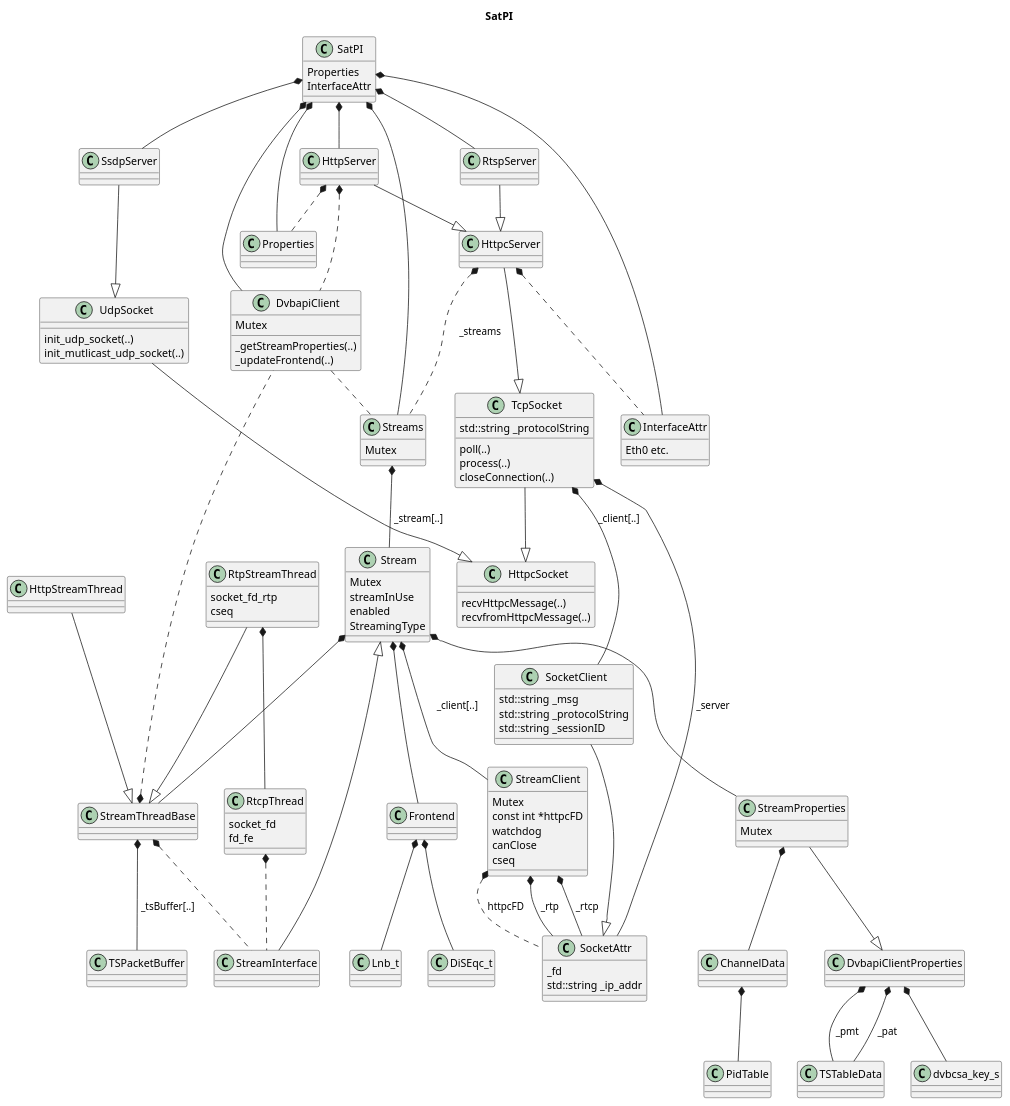
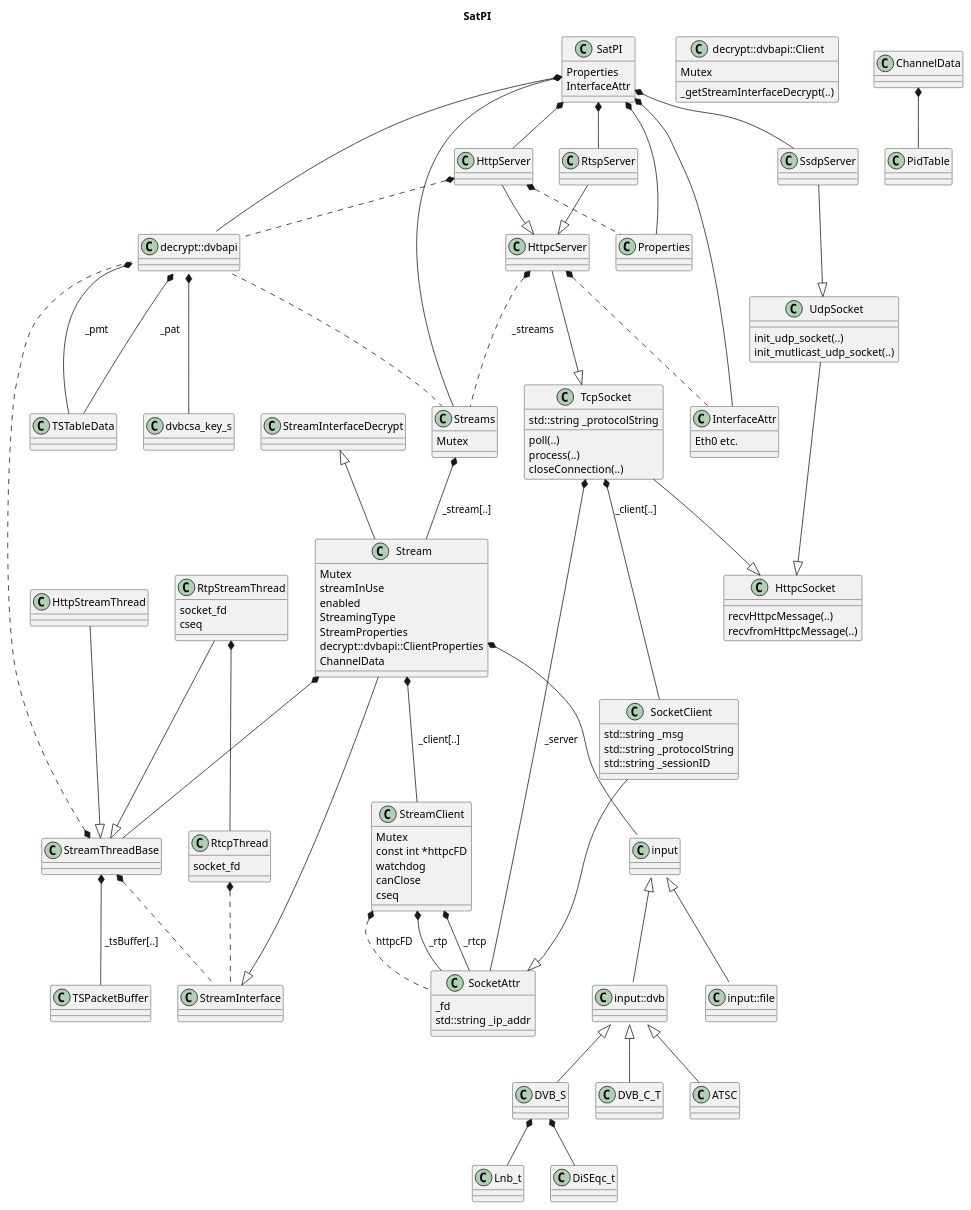
The diagram in SatPI.plantuml (Barracuda09/SATPI), drawn with PlantUML before and after one commit. The commit also changed 27 other files, not shown here.

```diff
--- a/SatPI.plantuml
+++ b/SatPI.plantuml
@@ -1,143 +1,146 @@
 @startuml
 
 hide footbox
 
 title SatPI
 
-SatPI *-- DvbapiClient
+SatPI *-- decrypt::dvbapi::Client
 SatPI *-- Streams
 SatPI *-- RtspServer
 SatPI *-- HttpServer
 SatPI *-- SsdpServer
 SatPI *-- Properties
 SatPI *-- InterfaceAttr
 
 
 class SatPI {
   Properties
   InterfaceAttr
 }
 
 class InterfaceAttr {
   Eth0 etc.
 }
 
 class HttpcSocket {
   recvHttpcMessage(..)
   recvfromHttpcMessage(..)
 }
 
 SocketClient --|> SocketAttr
 class SocketClient {
   std::string _msg
   std::string _protocolString
   std::string _sessionID
 }
 
 class SocketAttr {
   _fd
   std::string _ip_addr
 }
 
 TcpSocket --|> HttpcSocket
 TcpSocket *-- SocketAttr : "_server"
 TcpSocket *-- SocketClient : "_client[..]"
 class TcpSocket {
   poll(..)
   process(..)
   closeConnection(..)
   std::string _protocolString
 }
 
 UdpSocket --|> HttpcSocket
 class UdpSocket {
   init_udp_socket(..)
   init_mutlicast_udp_socket(..)
 }
 
 SsdpServer --|> UdpSocket
 
 RtspServer --|> HttpcServer
 
 HttpServer --|> HttpcServer
 HttpServer *.. Properties
-HttpServer *.. DvbapiClient
+HttpServer *.. decrypt::dvbapi::Client
 
 HttpcServer --|> TcpSocket
 HttpcServer *.. Streams : "_streams"
 HttpcServer *.. InterfaceAttr
 
-StreamInterface --|> Stream
+StreamInterface        <|-- Stream
+StreamInterfaceDecrypt <|-- Stream
 
 Stream *-- StreamClient : " _client[..] "
-Stream *-- StreamProperties
-Stream *-- Frontend
+Stream *-- input::Device
 Stream *-- StreamThreadBase
 class Stream {
   Mutex
   streamInUse
   enabled
   StreamingType
+  StreamProperties
+  decrypt::dvbapi::ClientProperties
+  ChannelData
 }
 
 Streams *-- Stream : " _stream[..] "
 class Streams {
   Mutex
 }
 
 StreamClient *-- SocketAttr : " _rtp "
 StreamClient *-- SocketAttr : " _rtcp "
 StreamClient *.. SocketAttr : " httpcFD "
 class StreamClient {
   Mutex
   const int *httpcFD
   watchdog
   canClose
   cseq
 }
 
-StreamThreadBase *.. DvbapiClient
+StreamThreadBase *.. decrypt::dvbapi::Client
 StreamThreadBase *-- TSPacketBuffer : " _tsBuffer[..] "
 StreamThreadBase *.. StreamInterface
 class StreamThreadBase {
 }
 
 
 RtpStreamThread --|> StreamThreadBase
 RtpStreamThread *-- RtcpThread
 class RtpStreamThread {
-  socket_fd_rtp
+  socket_fd
   cseq
 }
 
 RtcpThread *.. StreamInterface
 class RtcpThread {
   socket_fd
-  fd_fe
 }
 
 HttpStreamThread --|> StreamThreadBase
 
-DvbapiClientProperties *-- dvbcsa_key_s
-DvbapiClientProperties *-- TSTableData : " _pat "
-DvbapiClientProperties *-- TSTableData : " _pmt "
+decrypt::dvbapi::ClientProperties *-- dvbcsa_key_s
+decrypt::dvbapi::ClientProperties *-- TSTableData : " _pat "
+decrypt::dvbapi::ClientProperties *-- TSTableData : " _pmt "
 
-StreamProperties *-- ChannelData
-StreamProperties --|> DvbapiClientProperties
-class StreamProperties {
+
+decrypt::dvbapi::Client  .  Streams
+class decrypt::dvbapi::Client {
   Mutex
+  _getStreamInterfaceDecrypt(..)
 }
 
-DvbapiClient  .  Streams
-class DvbapiClient {
-  Mutex
-  _getStreamProperties(..)
-  _updateFrontend(..)
-}
+input::Device <|-- input::dvb::Frontend
+input::Device <|-- input::file::TSReader
 
-Frontend *-- Lnb_t
-Frontend *-- DiSEqc_t
+input::dvb::Frontend <|-- DVB_S
+input::dvb::Frontend <|-- DVB_C_T
+input::dvb::Frontend <|-- ATSC
+
+DVB_S *-- Lnb_t
+DVB_S *-- DiSEqc_t
 
 ChannelData *-- PidTable
 
 @enduml
```
